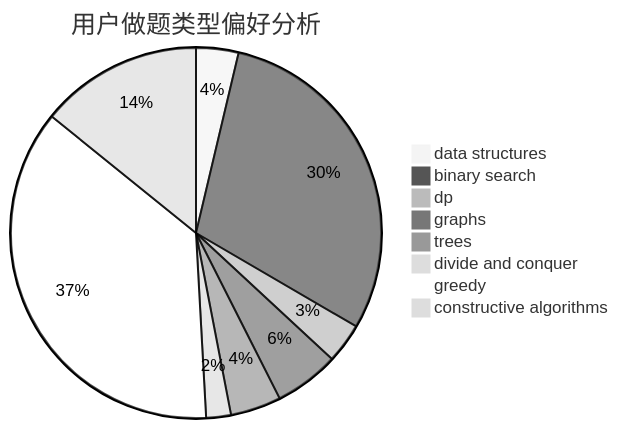
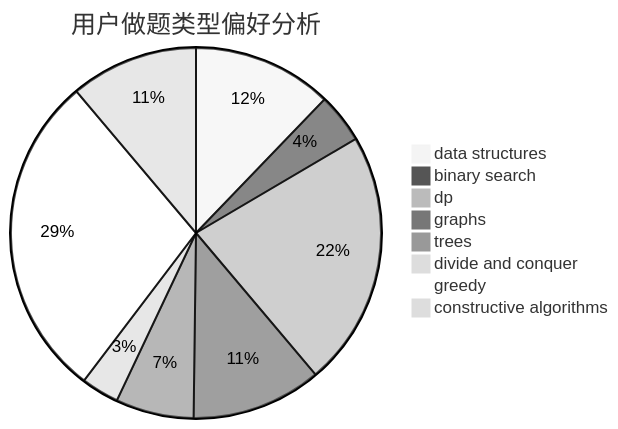
One commit to sherpahu/cfrs.github.io changed the second of 3 diagrams in docs/user/u449.md. Above: the diagram before and after it, drawn with Mermaid (neutral theme). The commit also changed other lines of this file and 2770 other files, not shown here.

````diff
--- a/docs/user/u449.md
+++ b/docs/user/u449.md
@@ -23,11 +23,11 @@
 ```mermaid
 pie title 用户做题类型偏好分析
-    "data structures" :  36
-    "binary search" :  289
-    "dp" :  34
+    "data structures" :  59
+    "binary search" :  21
+    "dp" :  108
     "graphs" :  55
-    "trees" :  43
-    "divide and conquer" :  21
-    "greedy" :  357
-    "constructive algorithms" :  138
+    "trees" :  33
+    "divide and conquer" :  16
+    "greedy" :  138
+    "constructive algorithms" :  54
 ```
````
